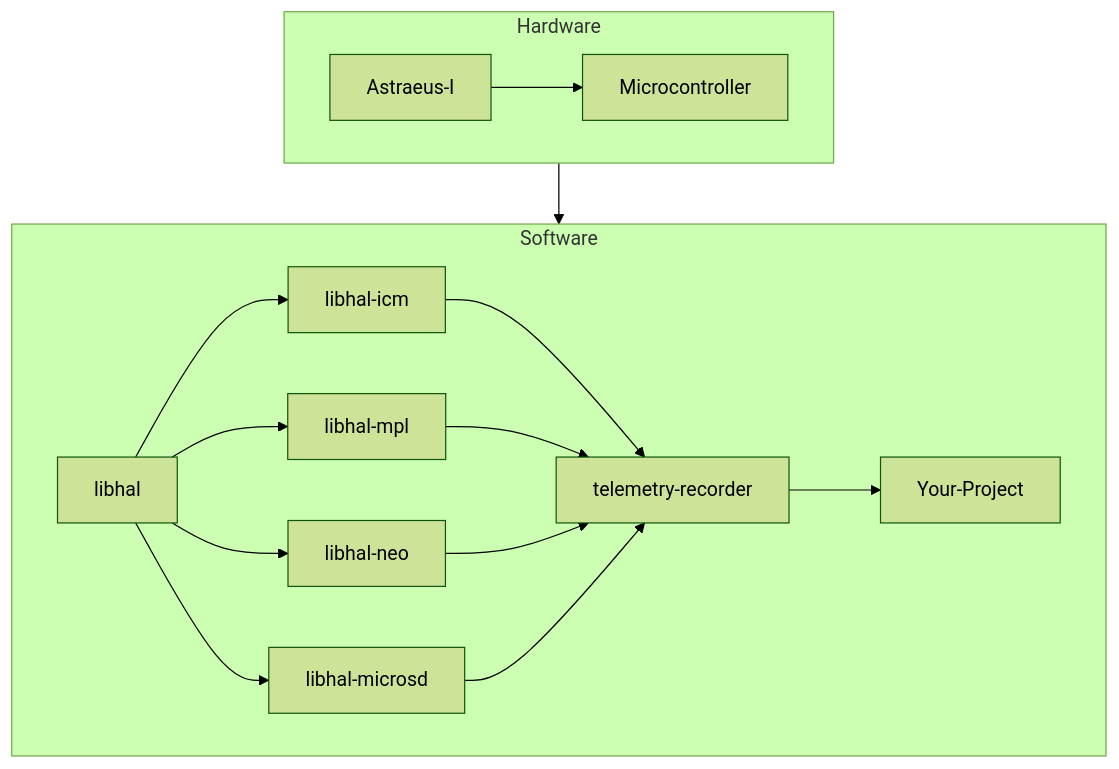
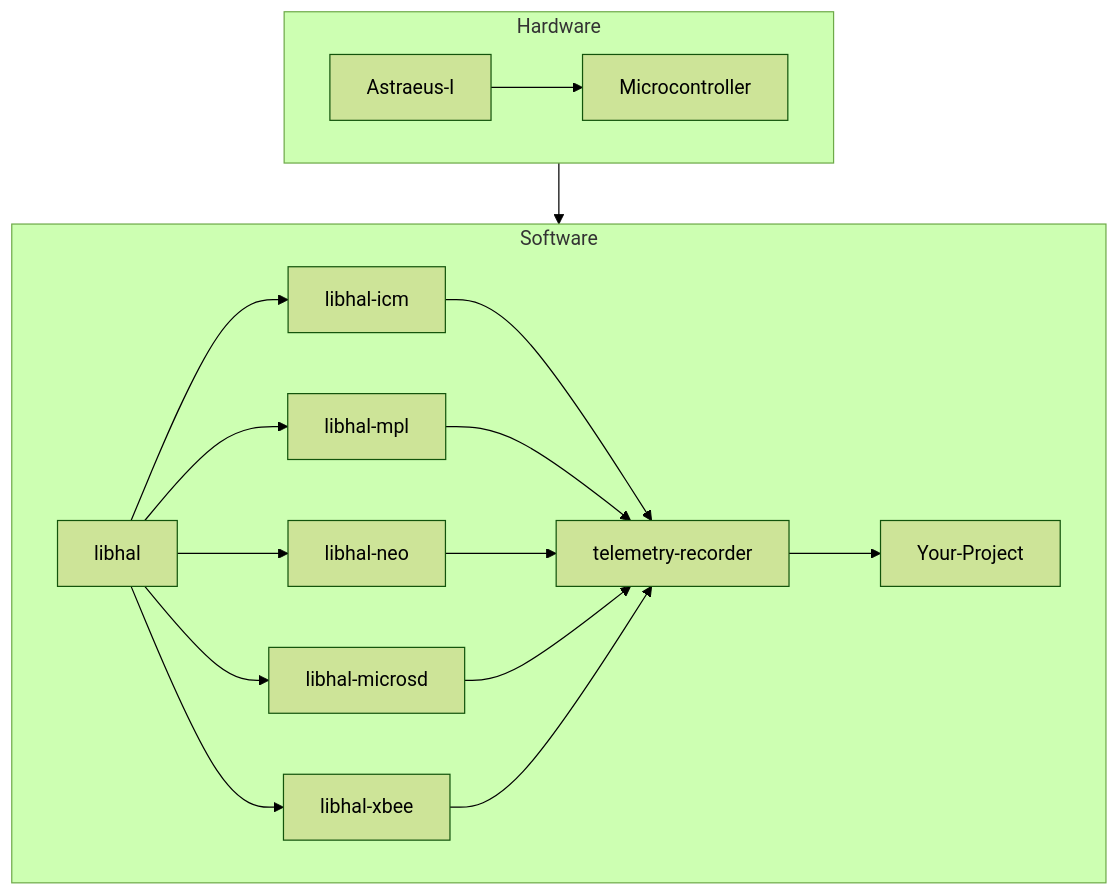
One commit to Astraeus-I/Astraeus-I.github.io changed the diagram in docs/user_guide/software.md. Above: the diagram before and after it, drawn with Mermaid (forest theme). The commit also changed 7 other files, not shown here.

````diff
--- a/docs/user_guide/software.md
+++ b/docs/user_guide/software.md
@@ -8,16 +8,17 @@
 ```mermaid
 flowchart TD
     subgraph Hardware
         Astraeus-I --> Microcontroller
     end
     
     subgraph Software
     libhal-->libhal-icm --> telemetry-recorder
     libhal-->libhal-mpl --> telemetry-recorder
     libhal-->libhal-neo --> telemetry-recorder
     libhal-->libhal-microsd --> telemetry-recorder
+    libhal-->libhal-xbee --> telemetry-recorder
     telemetry-recorder --> Your-Project
     end
 
     Hardware --> Software
 ```
````
